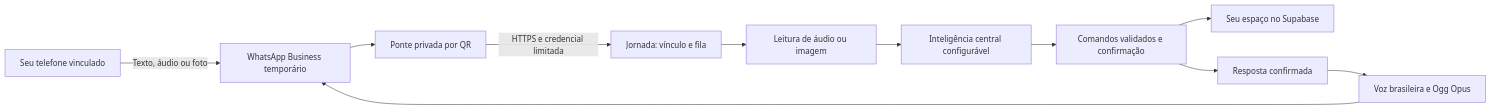
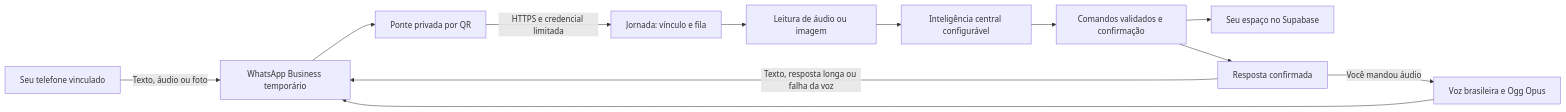
Before and after one commit to crm26gold/faculdadepsicologia: the diagram in docs/WHATSAPP_JORNADA.md, drawn with Mermaid. The commit also changed other lines of this file and 9 other files, not shown here.

````diff
--- a/docs/WHATSAPP_JORNADA.md
+++ b/docs/WHATSAPP_JORNADA.md
@@ -7,13 +7,14 @@
 ```mermaid
 flowchart LR
   A[Seu telefone vinculado] -->|Texto, áudio ou foto| B[WhatsApp Business temporário]
   B --> C[Ponte privada por QR]
   C -->|HTTPS e credencial limitada| D[Jornada: vínculo e fila]
   D --> E[Leitura de áudio ou imagem]
   E --> F[Inteligência central configurável]
   F --> G[Comandos validados e confirmação]
   G --> H[Seu espaço no Supabase]
   G --> I[Resposta confirmada]
-  I --> J[Voz brasileira e Ogg Opus]
+  I -->|Você mandou áudio| J[Voz brasileira e Ogg Opus]
+  I -->|Texto, resposta longa ou falha da voz| B
   J --> B
 ```
````
